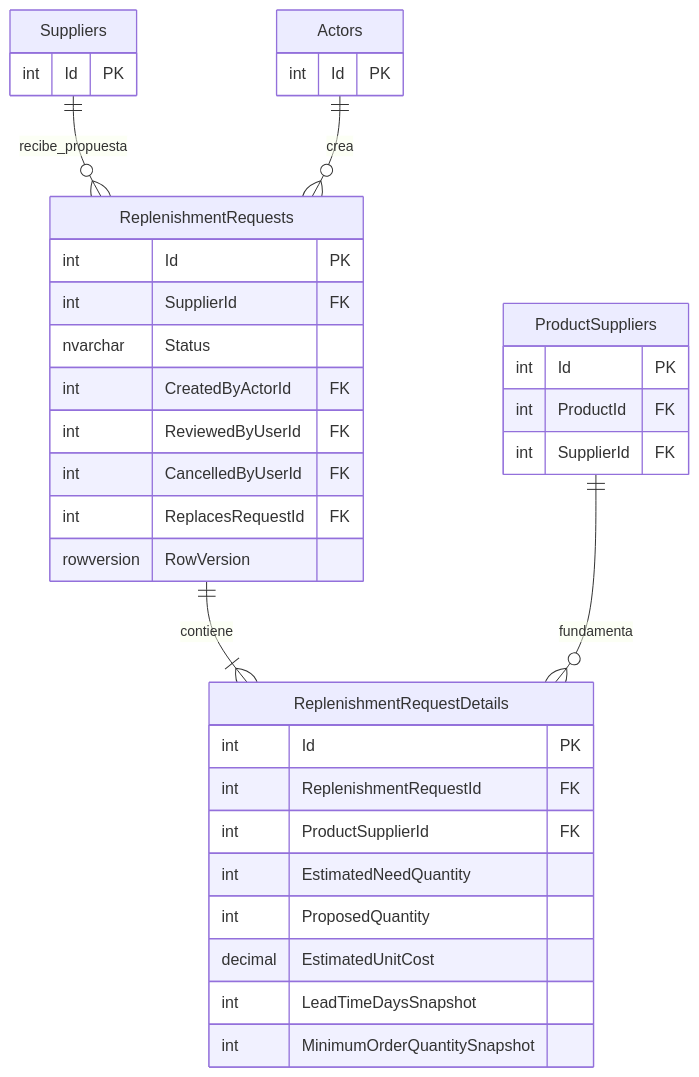
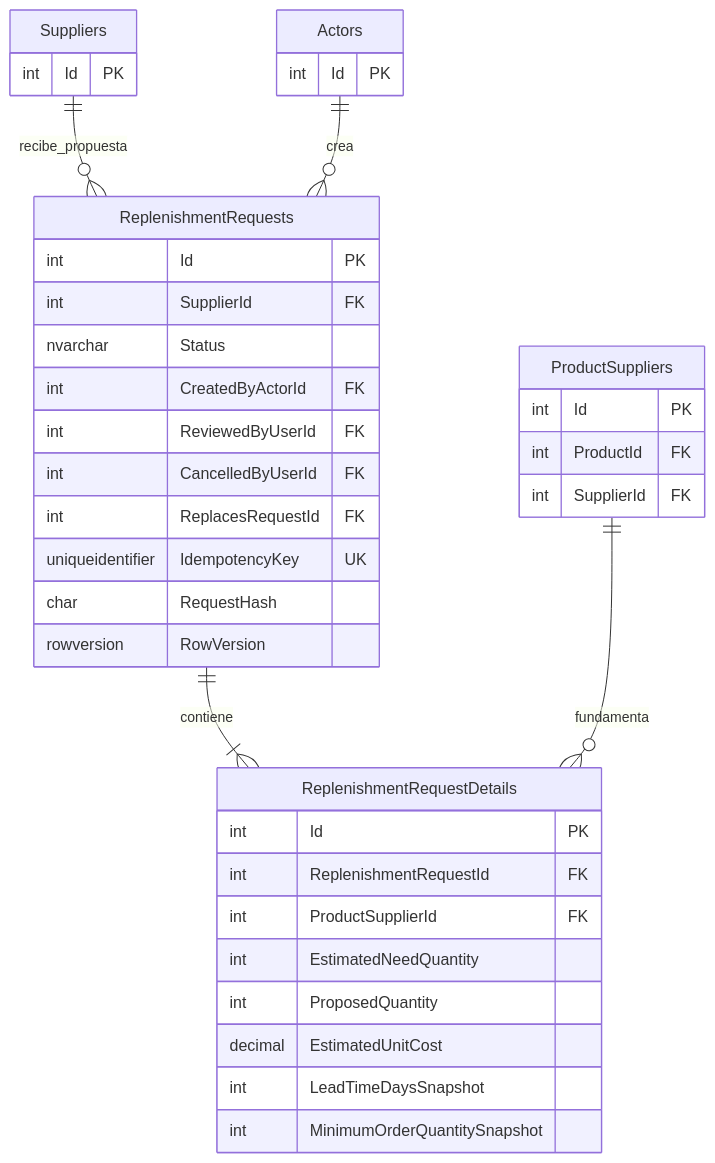
The ninth of 11 diagrams in docs/database/erd.md (ErickFrancis-22/Abastece), drawn with Mermaid before and after one commit. The commit also changed 1 other file, not shown here.

Commit message:
docs: Nuevos campos en el diccionario de datos y DER

````diff
--- a/docs/database/erd.md
+++ b/docs/database/erd.md
@@ -398,43 +398,45 @@
 ```mermaid
 erDiagram
     Suppliers ||--o{ ReplenishmentRequests : recibe_propuesta
     Actors ||--o{ ReplenishmentRequests : crea
     ReplenishmentRequests ||--|{ ReplenishmentRequestDetails : contiene
     ProductSuppliers ||--o{ ReplenishmentRequestDetails : fundamenta
 
     Suppliers {
         int Id PK
     }
 
     Actors {
         int Id PK
     }
 
     ProductSuppliers {
         int Id PK
         int ProductId FK
         int SupplierId FK
     }
 
     ReplenishmentRequests {
         int Id PK
         int SupplierId FK
         nvarchar Status
         int CreatedByActorId FK
         int ReviewedByUserId FK
         int CancelledByUserId FK
         int ReplacesRequestId FK
+        uniqueidentifier IdempotencyKey UK
+        char RequestHash
         rowversion RowVersion
     }
 
     ReplenishmentRequestDetails {
         int Id PK
         int ReplenishmentRequestId FK
         int ProductSupplierId FK
         int EstimatedNeedQuantity
         int ProposedQuantity
         decimal EstimatedUnitCost
         int LeadTimeDaysSnapshot
         int MinimumOrderQuantitySnapshot
     }
 ```
````
